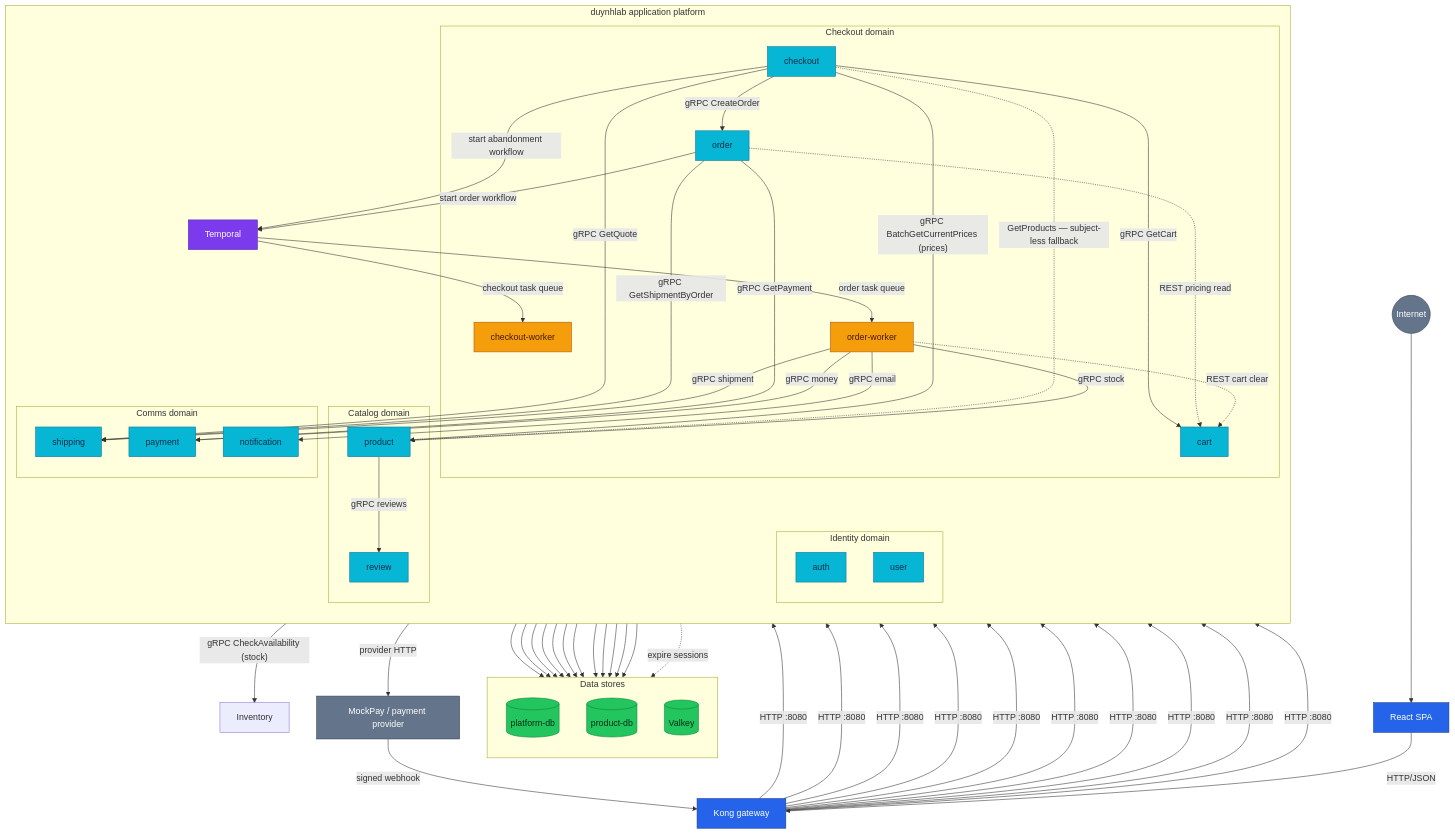
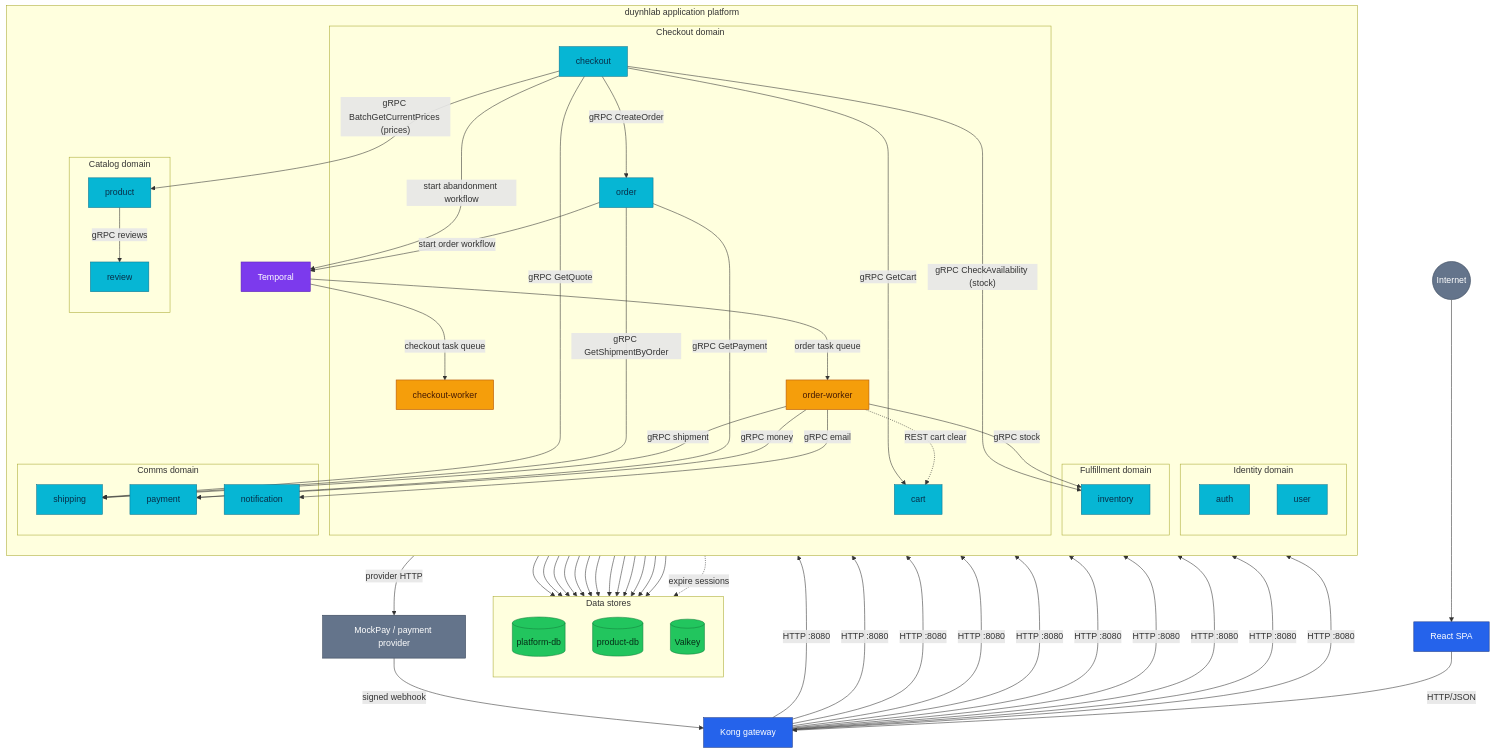
The first of 10 diagrams in docs/api/api.md (duynhlab/homelab), drawn with Mermaid before and after one commit. The commit also changed other lines of this file and 6 other files, not shown here.

```diff
--- a/docs/api/api.md
+++ b/docs/api/api.md
@@ -65,6 +65,10 @@
             OrderWorker["order-worker"]
         end
 
+        subgraph Fulfillment["Fulfillment domain"]
+            Inventory["inventory"]
+        end
+
         subgraph Comms["Comms domain"]
             Shipping["shipping"]
             Payment["payment"]
@@ -91,12 +95,10 @@
     Checkout -->|"gRPC GetCart"| Cart
     Checkout -->|"gRPC BatchGetCurrentPrices (prices)"| Product
     Checkout -->|"gRPC CheckAvailability (stock)"| Inventory
-    Checkout -.->|"GetProducts — subject-less fallback"| Product
     Checkout -->|"gRPC GetQuote"| Shipping
     Checkout -->|"gRPC CreateOrder"| Order
     Order -->|"gRPC GetShipmentByOrder"| Shipping
     Order -->|"gRPC GetPayment"| Payment
-    Order -.->|"REST pricing read"| Cart
 
     %% Async / workflow layer
     Checkout -->|"start abandonment workflow"| Temporal
@@ -104,7 +106,7 @@
     Temporal -->|"checkout task queue"| CheckoutWorker
     Temporal -->|"order task queue"| OrderWorker
 
-    OrderWorker -->|"gRPC stock"| Product
+    OrderWorker -->|"gRPC stock"| Inventory
     OrderWorker -->|"gRPC shipment"| Shipping
     OrderWorker -->|"gRPC money"| Payment
     OrderWorker -->|"gRPC email"| Notification
@@ -132,6 +134,7 @@
     Product --> Valkey
     Cart --> ProductDB
     Checkout --> ProductDB
+    Inventory --> ProductDB
     Order --> ProductDB
     Payment --> ProductDB
     CheckoutWorker -.->|"expire sessions"| ProductDB
@@ -143,7 +146,7 @@
     classDef data fill:#22c55e,color:#052e16,stroke:#15803d;
     classDef external fill:#64748b,color:#fff,stroke:#334155;
     class Browser,Kong edge;
-    class Auth,User,Product,Review,Cart,Checkout,Order,Shipping,Payment,Notification service;
+    class Auth,User,Product,Review,Cart,Checkout,Order,Inventory,Shipping,Payment,Notification service;
     class CheckoutWorker,OrderWorker worker;
     class Temporal platform;
     class PlatformDB,ProductDB,Valkey data;
```
